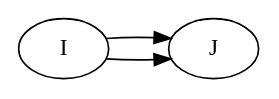
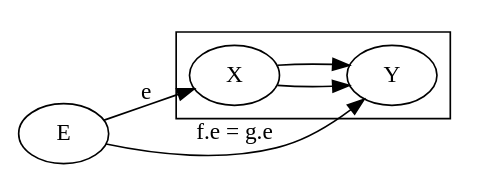
One commit to yugeta/cympfh.github.io changed the diagram in study/category/img/17.dot. Above: the diagram before and after it, drawn with Graphviz. The commit also changed 44 other files, not shown here.

```diff
--- a/study/category/img/17.dot
+++ b/study/category/img/17.dot
@@ -1,4 +1,9 @@
 digraph {
-  I -> J; I -> J;
+  E;
+  subgraph cluster_p {
+    X -> Y; X -> Y;
+  }
+  E -> X [label="e"];
+  E -> Y [label="f.e = g.e"];
   rankdir="LR";
 }
```
